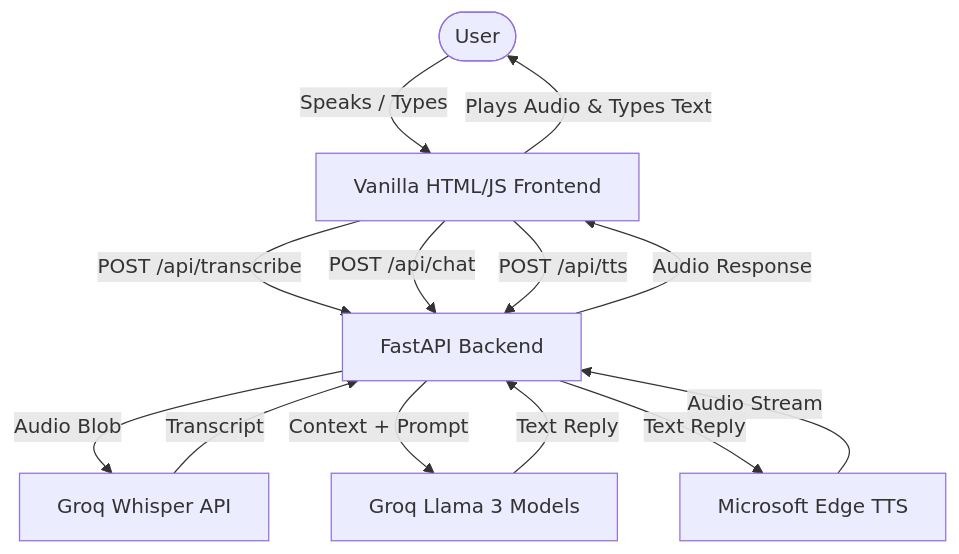
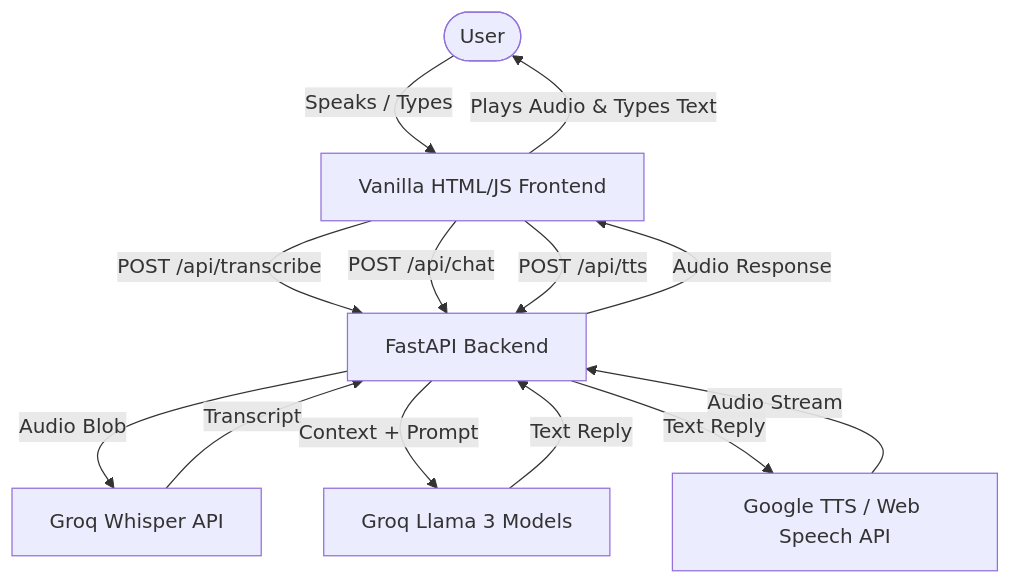
The diagram in README.md (Arslan-Codes097/Arslan.AI-Voice-Agent-), drawn with Mermaid before and after one commit. The commit also changed other lines of this file and 2 other files, not shown here.

Commit message:
refactor: simplify TTS to gTTS for consistent local and production performance, update README

````diff
--- a/README.md
+++ b/README.md
@@ -49,15 +50,15 @@
 ```mermaid
 graph TD
     User([User]) -->|Speaks / Types| Frontend[Vanilla HTML/JS Frontend]
     Frontend -->|POST /api/transcribe| Backend[FastAPI Backend]
     Frontend -->|POST /api/chat| Backend
     Frontend -->|POST /api/tts| Backend
     Backend -->|Audio Blob| GroqSTT[Groq Whisper API]
     GroqSTT -->|Transcript| Backend
     Backend -->|Context + Prompt| GroqLLM[Groq Llama 3 Models]
     GroqLLM -->|Text Reply| Backend
-    Backend -->|Text Reply| EdgeTTS[Microsoft Edge TTS]
-    EdgeTTS -->|Audio Stream| Backend
+    Backend -->|Text Reply| CloudTTS[Google TTS / Web Speech API]
+    CloudTTS -->|Audio Stream| Backend
     Backend -->|Audio Response| Frontend
     Frontend -->|Plays Audio & Types Text| User
 ```
````
